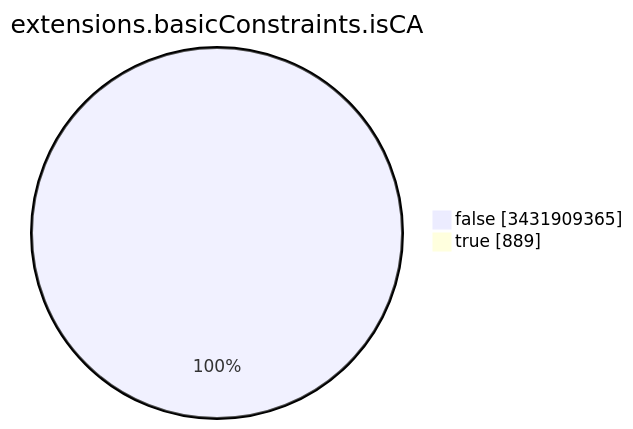
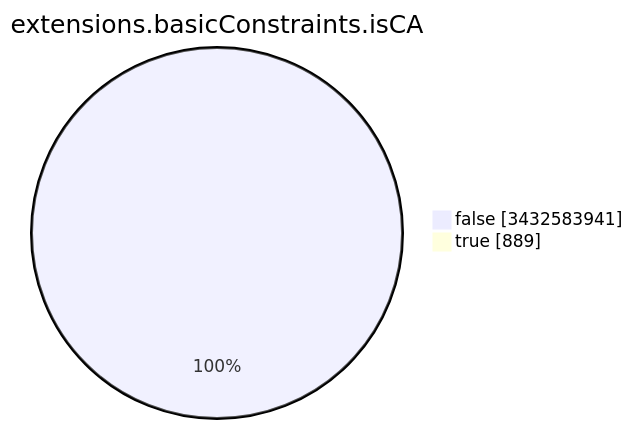
One commit to christiankrug/ctmonitor_visualization changed the seventh of 15 diagrams in TOTAL/README.md. Above: the diagram before and after it, drawn with Mermaid. The commit also changed other lines of this file, not shown here.

````diff
--- a/TOTAL/README.md
+++ b/TOTAL/README.md
@@ -3092,6 +3092,6 @@
 ```mermaid
 pie showData
 title extensions.basicConstraints.isCA
-"false" :3431909365
+"false" :3432583941
 "true" :889
 ```
````
